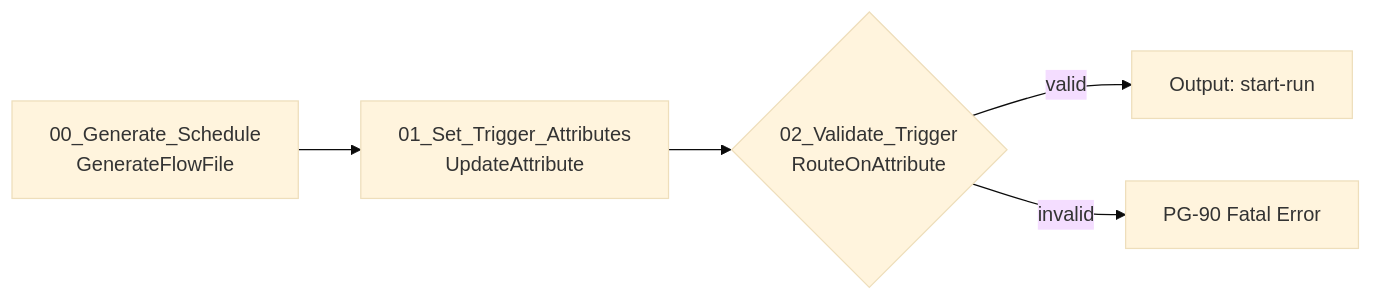
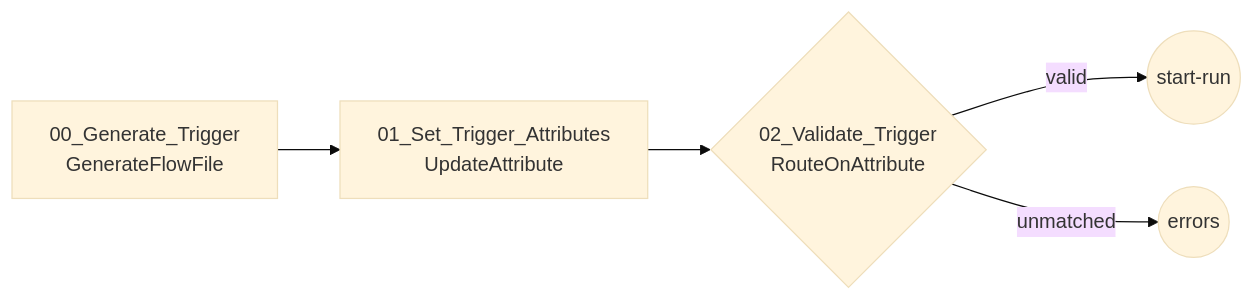
Before and after one commit to DataDynamics/nifi-sqoop-removal: the fourth of 13 diagrams in nifi-sqoop-removal-guide.md, drawn with Mermaid (base theme). The commit also changed other lines of this file and 2 other files, not shown here.

````diff
--- a/nifi-sqoop-removal-guide.md
+++ b/nifi-sqoop-removal-guide.md
@@ -769,7 +800,7 @@
 ```mermaid
 flowchart LR
-    A[00_Generate_Schedule<br/>GenerateFlowFile] --> B[01_Set_Trigger_Attributes<br/>UpdateAttribute]
+    A[00_Generate_Trigger<br/>GenerateFlowFile] --> B[01_Set_Trigger_Attributes<br/>UpdateAttribute]
     B --> C{02_Validate_Trigger<br/>RouteOnAttribute}
-    C -->|valid| D[Output: start-run]
-    C -->|invalid| E[PG-90 Fatal Error]
+    C -->|valid| D((start-run))
+    C -->|unmatched| E((errors))
 ```
````
